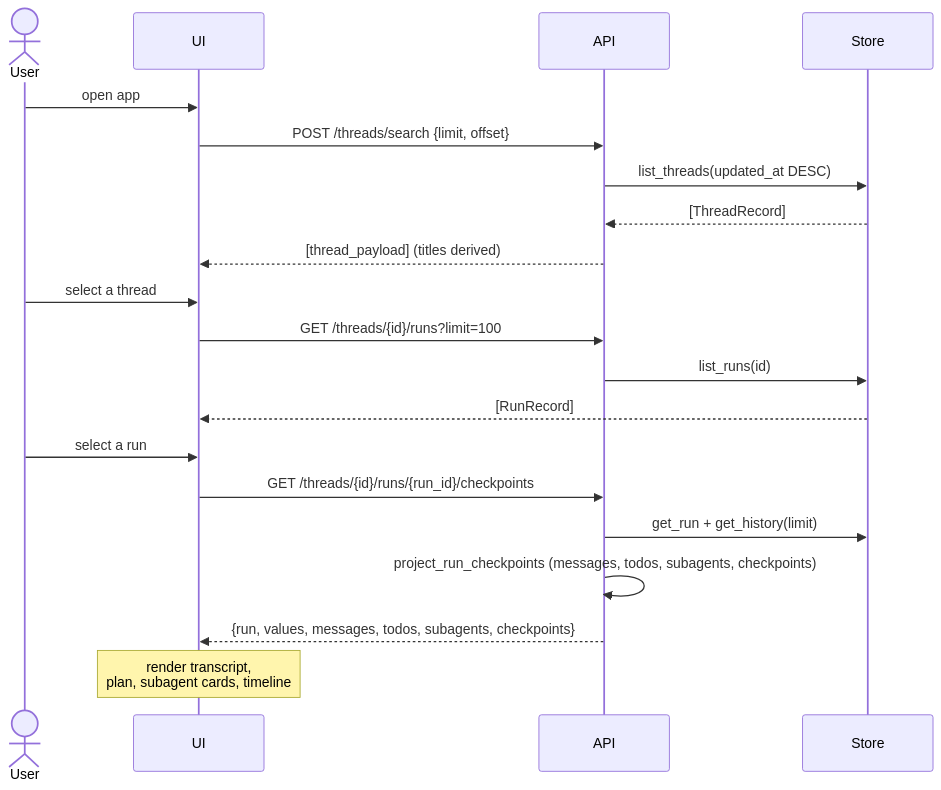
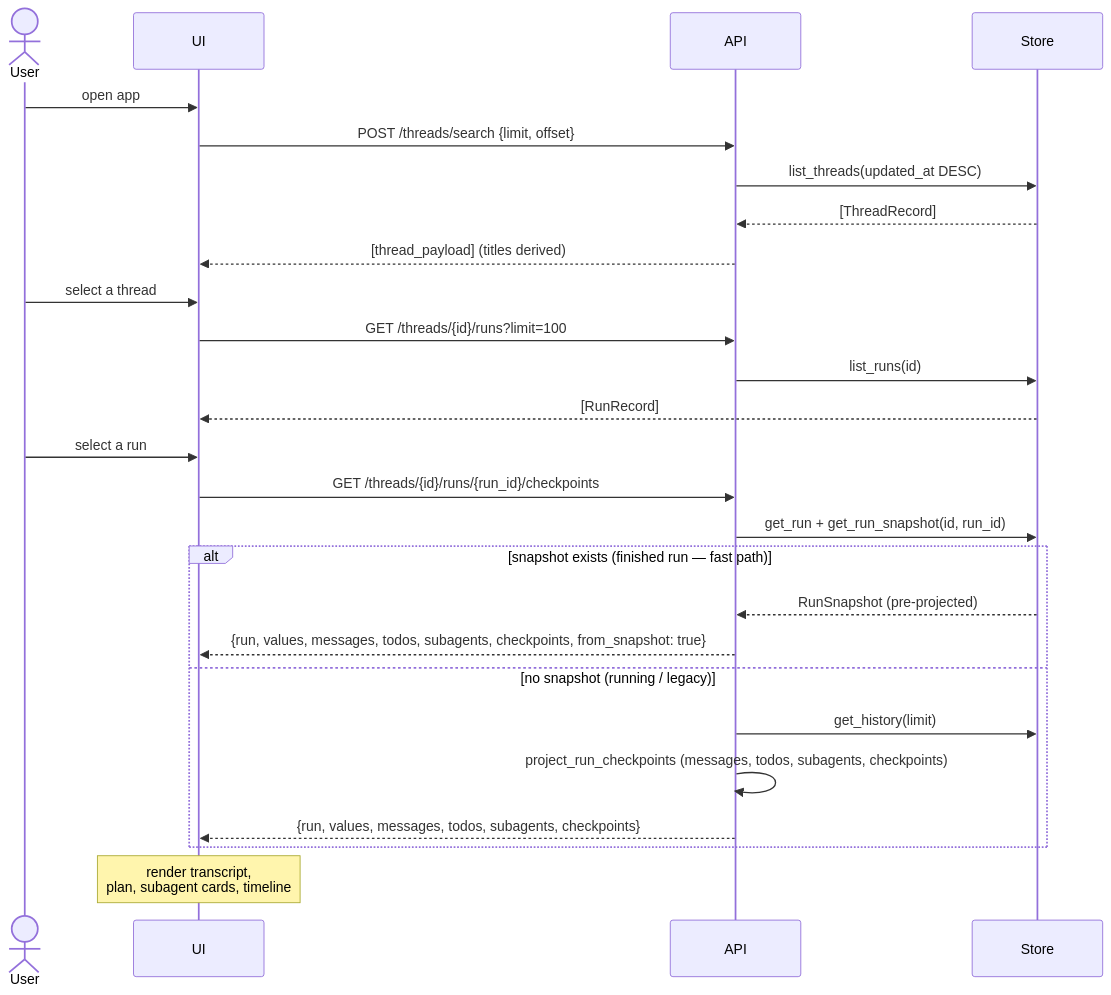
The first of 2 diagrams in docs/use-cases/06-browse-history.md (aa2051995/deep-agent-ga), drawn with Mermaid before and after one commit. The commit also changed other lines of this file and 14 other files, not shown here.

First line of the commit message:
feat(persistence): add per-run snapshot table for fast run-data retrieval

````diff
--- a/docs/use-cases/06-browse-history.md
+++ b/docs/use-cases/06-browse-history.md
@@ -26,25 +27,31 @@
 ```mermaid
 sequenceDiagram
     actor User
     participant UI
     participant API
     participant Store
 
     User->>UI: open app
     UI->>API: POST /threads/search {limit, offset}
     API->>Store: list_threads(updated_at DESC)
     Store-->>API: [ThreadRecord]
     API-->>UI: [thread_payload] (titles derived)
 
     User->>UI: select a thread
     UI->>API: GET /threads/{id}/runs?limit=100
     API->>Store: list_runs(id)
     Store-->>UI: [RunRecord]
 
     User->>UI: select a run
     UI->>API: GET /threads/{id}/runs/{run_id}/checkpoints
-    API->>Store: get_run + get_history(limit)
-    API->>API: project_run_checkpoints (messages, todos, subagents, checkpoints)
-    API-->>UI: {run, values, messages, todos, subagents, checkpoints}
+    API->>Store: get_run + get_run_snapshot(id, run_id)
+    alt snapshot exists (finished run — fast path)
+        Store-->>API: RunSnapshot (pre-projected)
+        API-->>UI: {run, values, messages, todos, subagents, checkpoints, from_snapshot: true}
+    else no snapshot (running / legacy)
+        API->>Store: get_history(limit)
+        API->>API: project_run_checkpoints (messages, todos, subagents, checkpoints)
+        API-->>UI: {run, values, messages, todos, subagents, checkpoints}
+    end
     Note over UI: render transcript,<br/>plan, subagent cards, timeline
 ```
````
